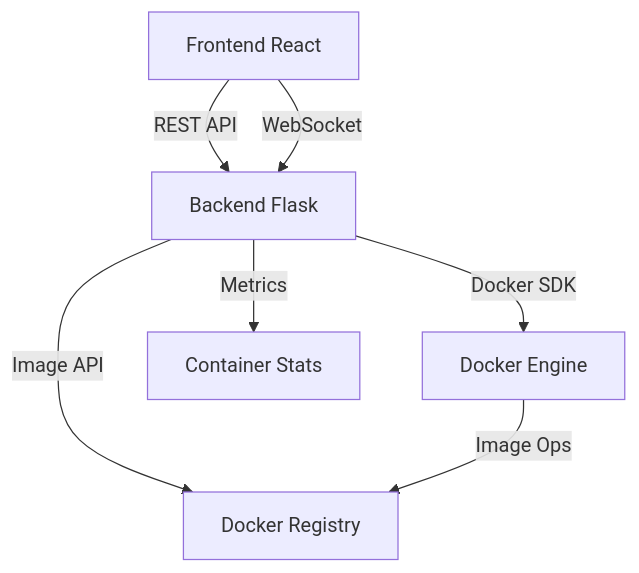
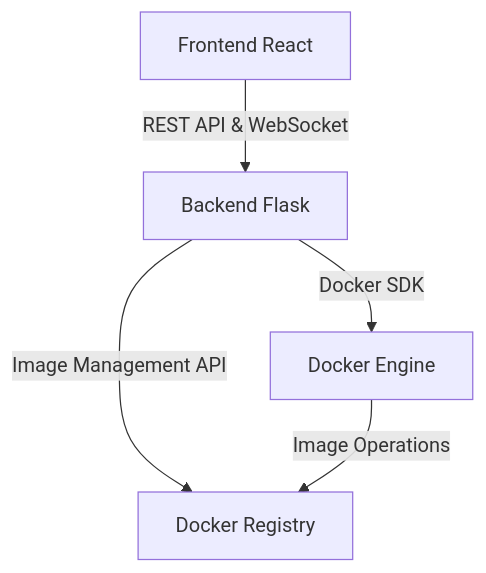
One commit to kik369/docker-web-interface changed the diagram in README.md. Above: the diagram before and after it, drawn with Mermaid. The commit also changed other lines of this file, not shown here.

````diff
--- a/README.md
+++ b/README.md
@@ -52,9 +42,7 @@
 ```mermaid
 graph TD
-    A[Frontend React] -->|REST API| B[Backend Flask]
-    A -->|WebSocket| B
+    A[Frontend React] -->|REST API & WebSocket| B[Backend Flask]
     B -->|Docker SDK| C[Docker Engine]
-    B -->|Metrics| D[Container Stats]
-    B -->|Image API| E[Docker Registry]
-    C -->|Image Ops| E
+    B -->|Image Management API| D[Docker Registry]
+    C -->|Image Operations| D
 ```
````
